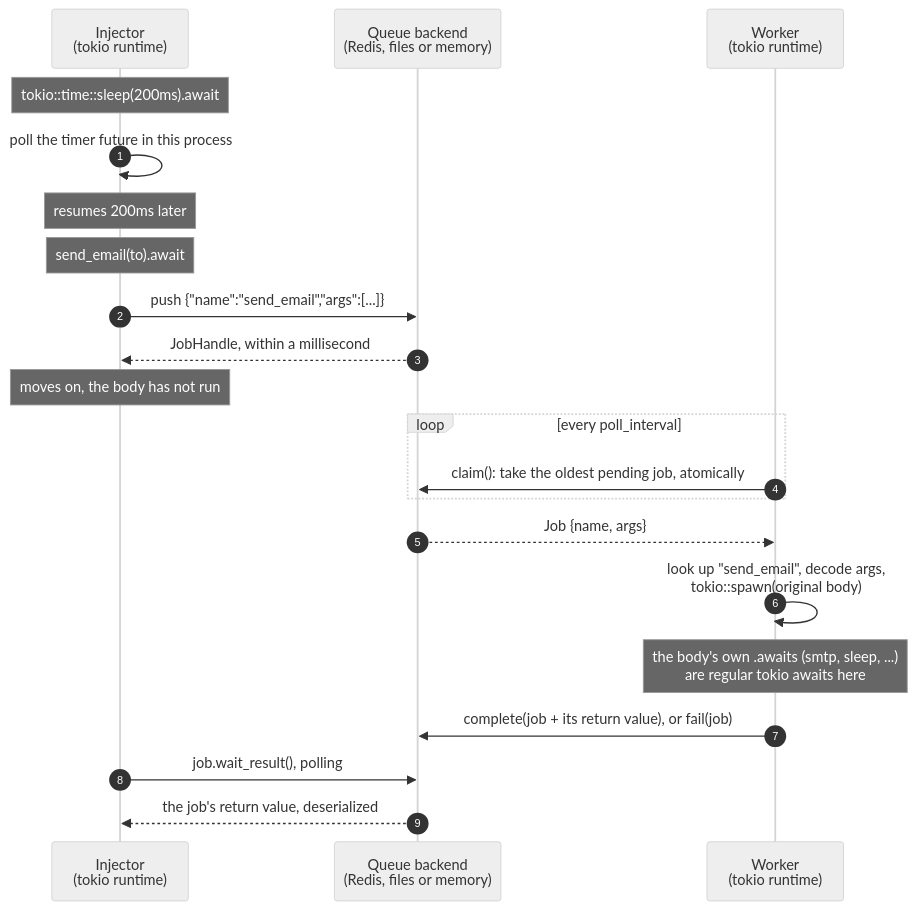
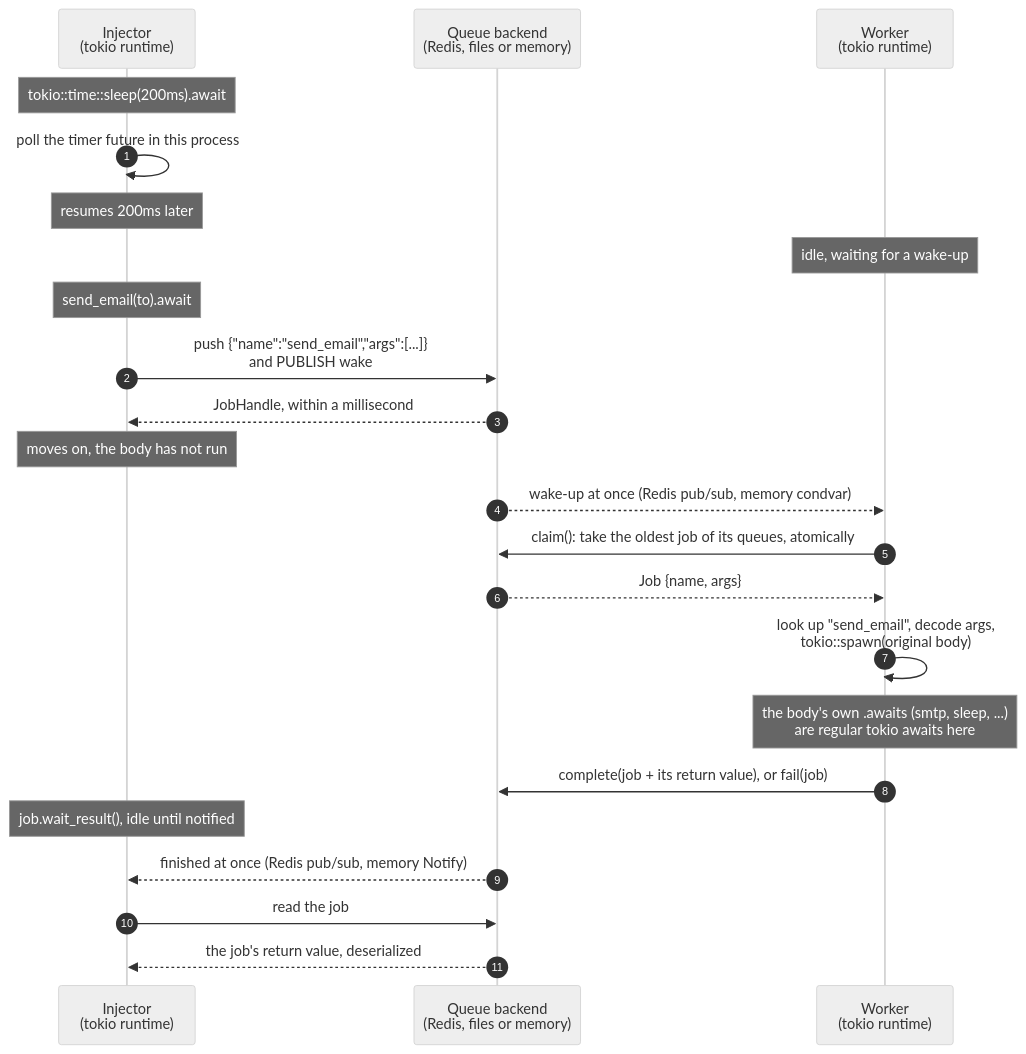
One commit to penso/butler changed the second of 4 diagrams in README.md. Above: the diagram before and after it, drawn with Mermaid (neutral theme). The commit also changed other lines of this file and 39 other files, not shown here.

````diff
--- a/README.md
+++ b/README.md
@@ -137,27 +313,29 @@
 ```mermaid
 sequenceDiagram
     autonumber
     participant App as Injector<br/>(tokio runtime)
     participant Q as Queue backend<br/>(Redis, files or memory)
     participant W as Worker<br/>(tokio runtime)
 
     Note over App: tokio::time::sleep(200ms).await
     App->>App: poll the timer future in this process
     Note over App: resumes 200ms later
 
+    Note over W: idle, waiting for a wake-up
     Note over App: send_email(to).await
-    App->>Q: push {"name":"send_email","args":[...]}
+    App->>Q: push {"name":"send_email","args":[...]}<br/>and PUBLISH wake
     Q-->>App: JobHandle, within a millisecond
     Note over App: moves on, the body has not run
 
-    loop every poll_interval
-        W->>Q: claim(): take the oldest pending job, atomically
-    end
+    Q-->>W: wake-up at once (Redis pub/sub, memory condvar)
+    W->>Q: claim(): take the oldest job of its queues, atomically
     Q-->>W: Job {name, args}
     W->>W: look up "send_email", decode args,<br/>tokio::spawn(original body)
     Note over W: the body's own .awaits (smtp, sleep, ...)<br/>are regular tokio awaits here
     W->>Q: complete(job + its return value), or fail(job)
 
-    App->>Q: job.wait_result(), polling
+    Note over App: job.wait_result(), idle until notified
+    Q-->>App: finished at once (Redis pub/sub, memory Notify)
+    App->>Q: read the job
     Q-->>App: the job's return value, deserialized
 ```
````
